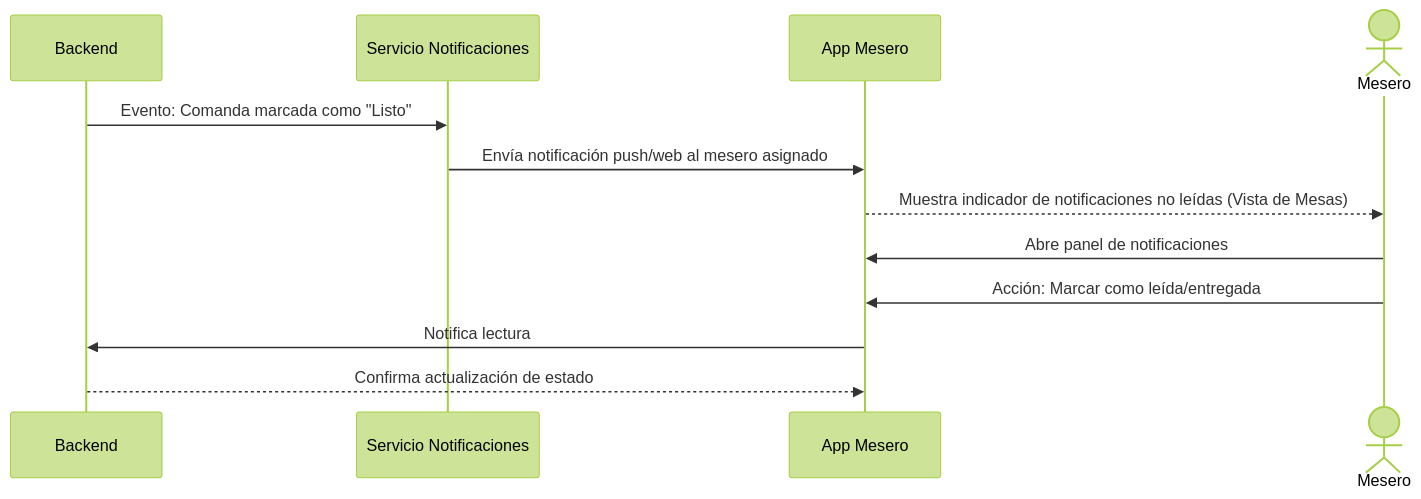
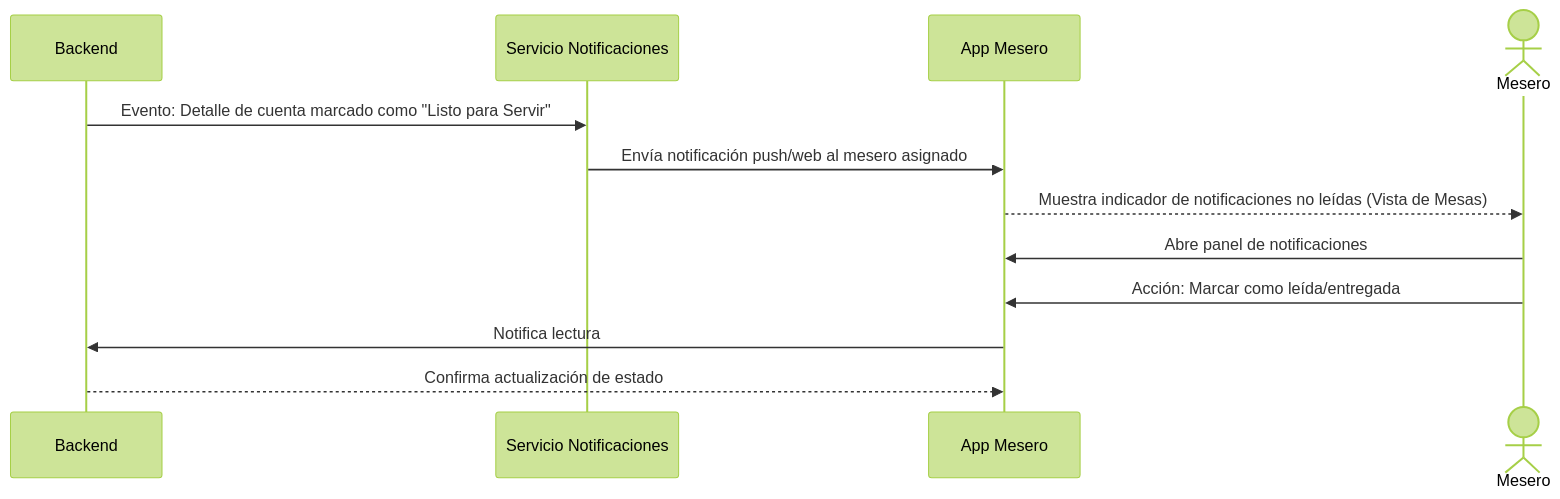
One commit to C3-IS0289-2026/Restaurante-Avanzado changed the ninth of 11 diagrams in Documentos/Diagramas_Historias_Usuario.md. Above: the diagram before and after it, drawn with Mermaid (forest theme). The commit also changed other lines of this file and 19 other files, not shown here.

First line of the commit message:
refactor(db,domain,docs): unificar lenguaje ubicuo en cuenta y estado_detalle_cuenta

````diff
--- a/Documentos/Diagramas_Historias_Usuario.md
+++ b/Documentos/Diagramas_Historias_Usuario.md
@@ -176,15 +176,15 @@
 ```mermaid
 sequenceDiagram
     participant Backend
     participant NotifService as Servicio Notificaciones
     participant UI as App Mesero
     actor Mesero
 
-    Backend->>NotifService: Evento: Comanda marcada como "Listo"
+    Backend->>NotifService: Evento: Detalle de cuenta marcado como "Listo para Servir"
     NotifService->>UI: Envía notificación push/web al mesero asignado
     UI-->>Mesero: Muestra indicador de notificaciones no leídas (Vista de Mesas)
     Mesero->>UI: Abre panel de notificaciones
     Mesero->>UI: Acción: Marcar como leída/entregada
     UI->>Backend: Notifica lectura
     Backend-->>UI: Confirma actualización de estado
 ```
````
